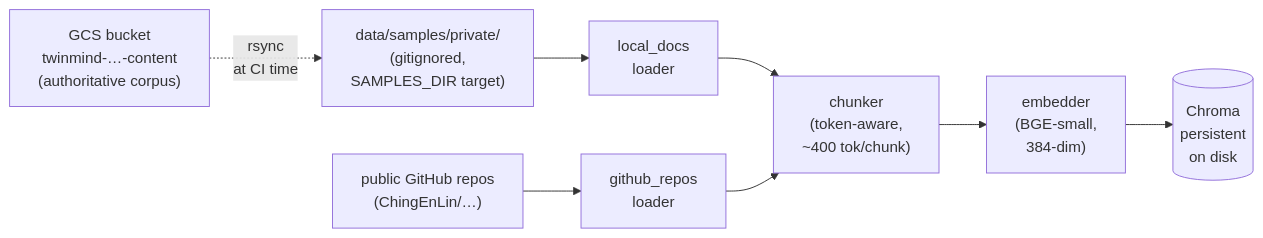
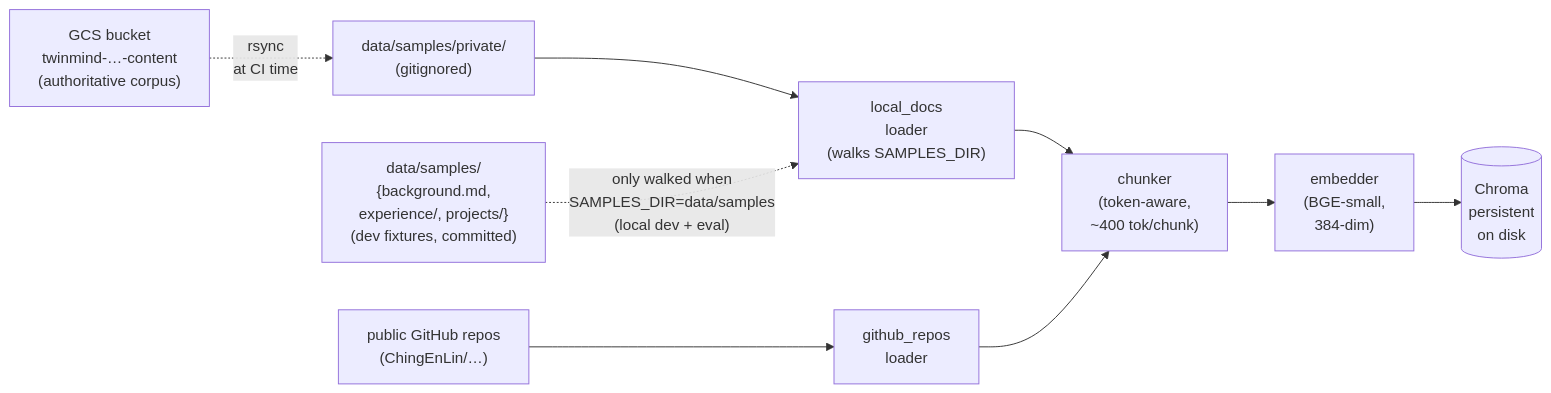
Before and after one commit to ChingEnLin/TwinMind: the first of 2 diagrams in docs/ARCHITECTURE.md, drawn with Mermaid. The commit also changed other lines of this file and 3 other files, not shown here.

First line of the commit message:
Split ingestion scope: deploy uses private only, eval uses full data/samples

````diff
--- a/docs/ARCHITECTURE.md
+++ b/docs/ARCHITECTURE.md
@@ -9,10 +9,11 @@
 ```mermaid
 flowchart LR
-    B["GCS bucket<br/>twinmind-…-content<br/>(authoritative corpus)"] -. "rsync<br/>at CI time" .-> A["data/samples/private/<br/>(gitignored,<br/>SAMPLES_DIR target)"]
-    A --> L1["local_docs<br/>loader"]
+    B["GCS bucket<br/>twinmind-…-content<br/>(authoritative corpus)"] -. "rsync<br/>at CI time" .-> A["data/samples/private/<br/>(gitignored)"]
+    A --> L1["local_docs<br/>loader<br/>(walks SAMPLES_DIR)"]
+    D["data/samples/<br/>{background.md,<br/>experience/, projects/}<br/>(dev fixtures, committed)"] -. "only walked when<br/>SAMPLES_DIR=data/samples<br/>(local dev + eval)" .-> L1
     C["public GitHub repos<br/>(ChingEnLin/…)"] --> L2["github_repos<br/>loader"]
     L1 --> CH["chunker<br/>(token-aware,<br/>~400 tok/chunk)"]
     L2 --> CH
     CH --> EM["embedder<br/>(BGE-small,<br/>384-dim)"]
     EM --> VS[("Chroma<br/>persistent<br/>on disk")]
 ```
````
